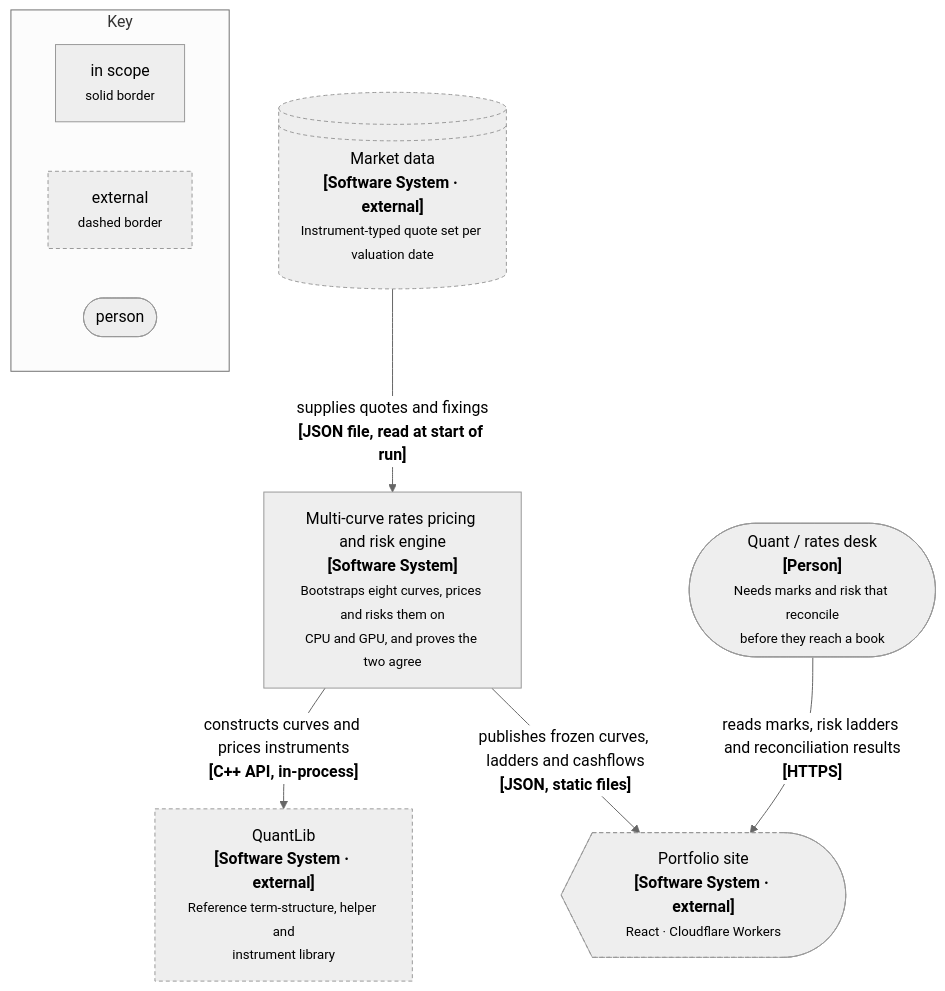
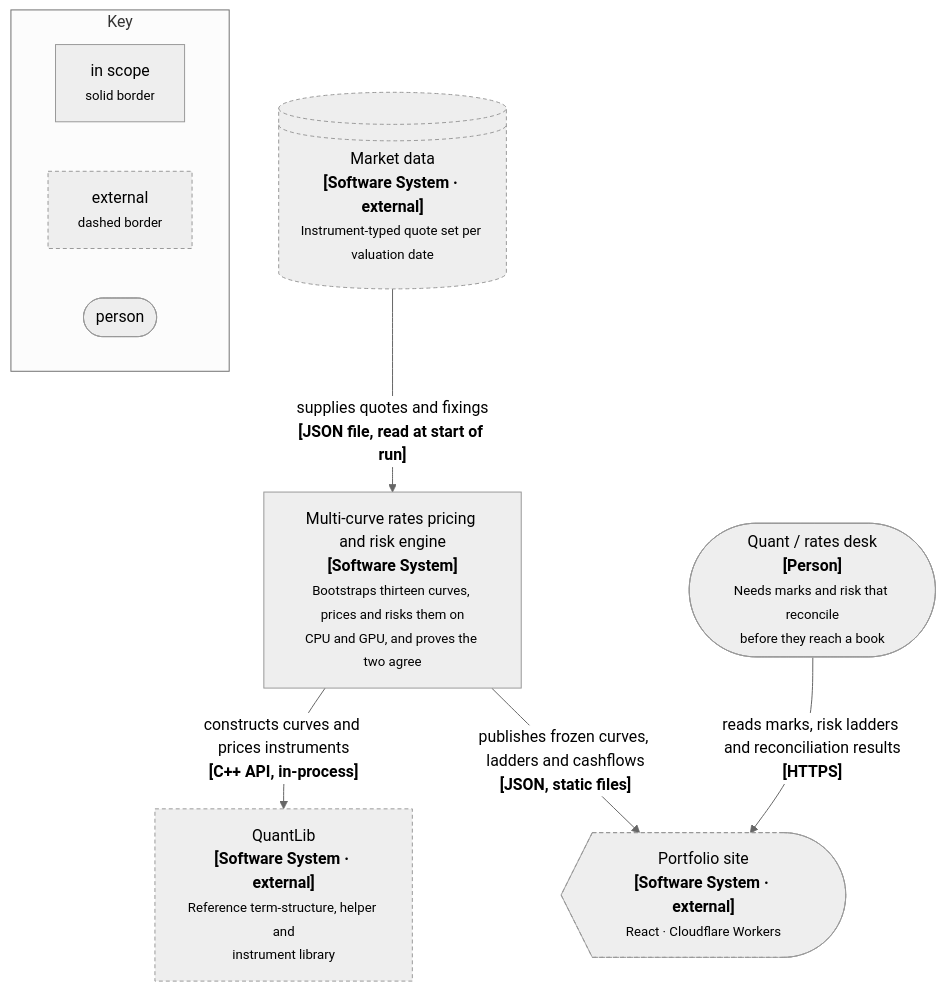
Before and after one commit to jrwglover/portfolio: the diagram in src/components/dashboards/curve_model/diagrams/c4-context.mmd, drawn with Mermaid (neutral theme). The commit also changed 26 other files, not shown here.

First line of the commit message:
Add AUD curve suite to dashboards; tighter copy and clearer risk headings

```diff
--- a/src/components/dashboards/curve_model/diagrams/c4-context.mmd
+++ b/src/components/dashboards/curve_model/diagrams/c4-context.mmd
@@ -1,27 +1,27 @@
 %% C4 Level 1: System Context.
 %% C4 notation rules followed here: every element carries name, [type], and a
 %% description; every relationship is labelled with intent AND technology.
 flowchart TB
   Q(["Quant / rates desk<br/><b>[Person]</b><br/><small>Needs marks and risk that reconcile<br/>before they reach a book</small>"])
 
-  SYS["Multi-curve rates pricing and risk engine<br/><b>[Software System]</b><br/><small>Bootstraps eight curves, prices and risks them on<br/>CPU and GPU, and proves the two agree</small>"]
+  SYS["Multi-curve rates pricing and risk engine<br/><b>[Software System]</b><br/><small>Bootstraps thirteen curves, prices and risks them on<br/>CPU and GPU, and proves the two agree</small>"]
 
   MKT@{ shape: lin-cyl, label: "Market data<br/><b>[Software System · external]</b><br/><small>Instrument-typed quote set per valuation date</small>" }
   QLIB["QuantLib<br/><b>[Software System · external]</b><br/><small>Reference term-structure, helper and<br/>instrument library</small>"]
   SITE@{ shape: curv-trap, label: "Portfolio site<br/><b>[Software System · external]</b><br/><small>React · Cloudflare Workers</small>" }
 
   MKT -->|"supplies quotes and fixings<br/><b>[JSON file, read at start of run]</b>"| SYS
   SYS -->|"constructs curves and prices instruments<br/><b>[C++ API, in-process]</b>"| QLIB
   SYS -->|"publishes frozen curves, ladders and cashflows<br/><b>[JSON, static files]</b>"| SITE
   Q -->|"reads marks, risk ladders and reconciliation results<br/><b>[HTTPS]</b>"| SITE
 
   classDef ext stroke-dasharray:4 3
   class MKT,QLIB,SITE ext
 
   subgraph KEY[" Key "]
     direction LR
     K1["in scope<br/><small>solid border</small>"]
     K2["external<br/><small>dashed border</small>"]
     K3(["person"])
   end
   class K2 ext
```
